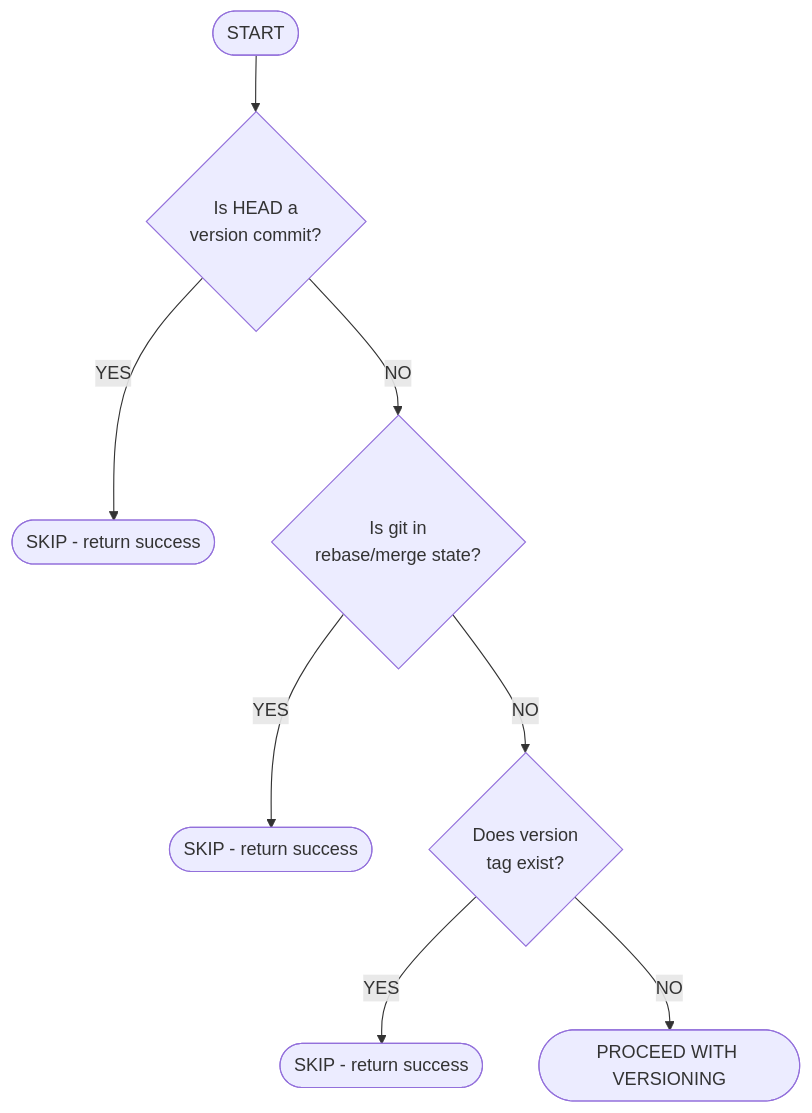
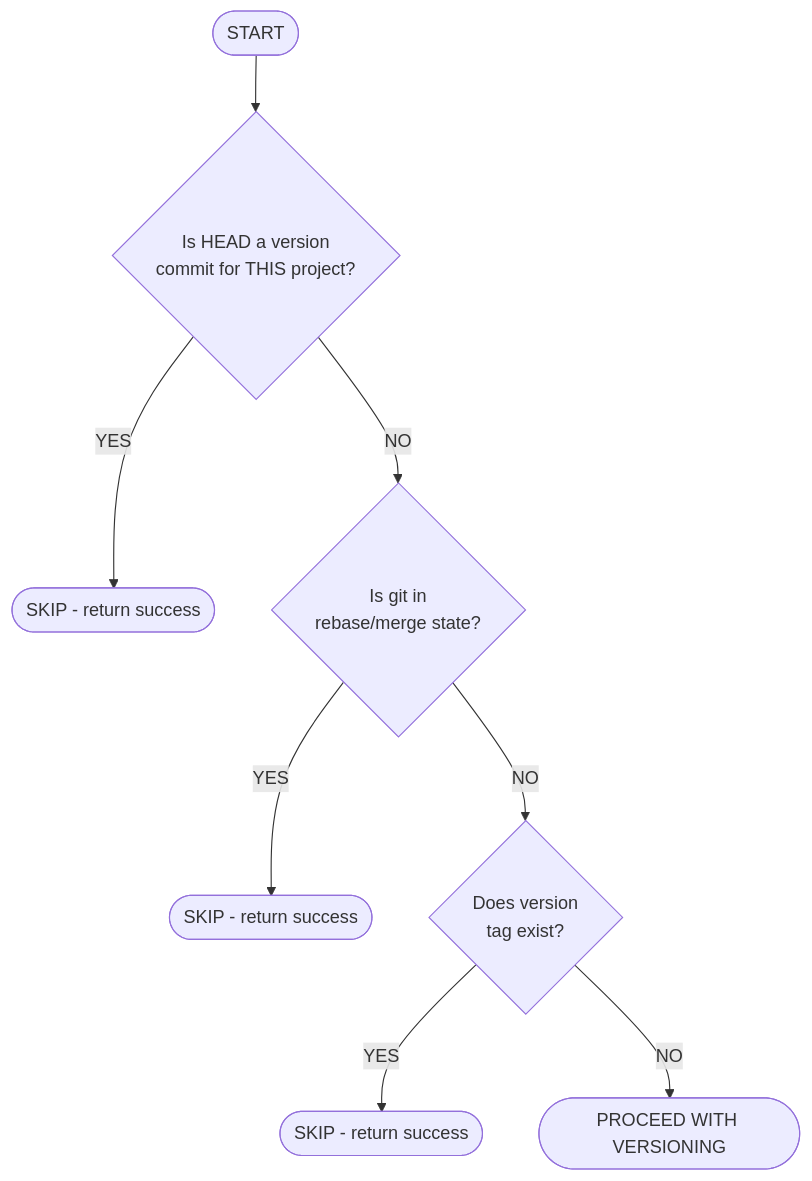
Before and after one commit to AndrewRedican/hyperfrontend: the fifth of 6 diagrams in tools/package/src/executors/version/ARCHITECTURE.md, drawn with Mermaid. The commit also changed other lines of this file and 3 other files, not shown here.

Commit message:
docs(tool-package): add missing information to readme and architecture files

````diff
--- a/tools/package/src/executors/version/ARCHITECTURE.md
+++ b/tools/package/src/executors/version/ARCHITECTURE.md
@@ -124,10 +131,10 @@
 ```mermaid
 flowchart TD
-    start([START]) --> check1{Is HEAD a<br/>version commit?}
+    start([START]) --> check1{Is HEAD a version<br/>commit for THIS project?}
     check1 -->|YES| skip1([SKIP - return success])
     check1 -->|NO| check2{Is git in<br/>rebase/merge state?}
     check2 -->|YES| skip2([SKIP - return success])
     check2 -->|NO| check3{Does version<br/>tag exist?}
     check3 -->|YES| skip3([SKIP - return success])
     check3 -->|NO| proceed([PROCEED WITH VERSIONING])
 ```
````
